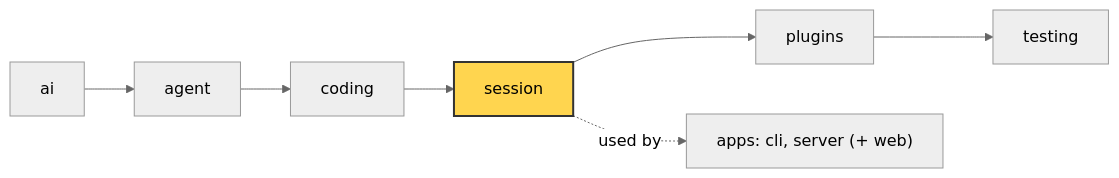
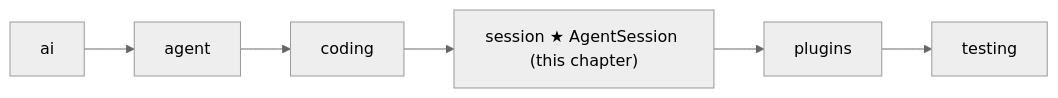
The diagram in docs/guidebook/13-session.md (danhugo/simp-agent), drawn with Mermaid (neutral theme) before and after one commit. The commit also changed other lines of this file and 16 other files, not shown here.

````diff
--- a/docs/guidebook/13-session.md
+++ b/docs/guidebook/13-session.md
@@ -9,6 +9,4 @@
 ```mermaid
 flowchart LR
-    ai --> agent --> coding --> session --> plugins --> testing
-    session -.used by.-> apps["apps: cli, server (+ web)"]
-    style session fill:#ffd54f,stroke:#333,stroke-width:2px
+    ai --> agent --> coding --> session["session ★ AgentSession (this chapter)"] --> plugins --> testing
 ```
````
